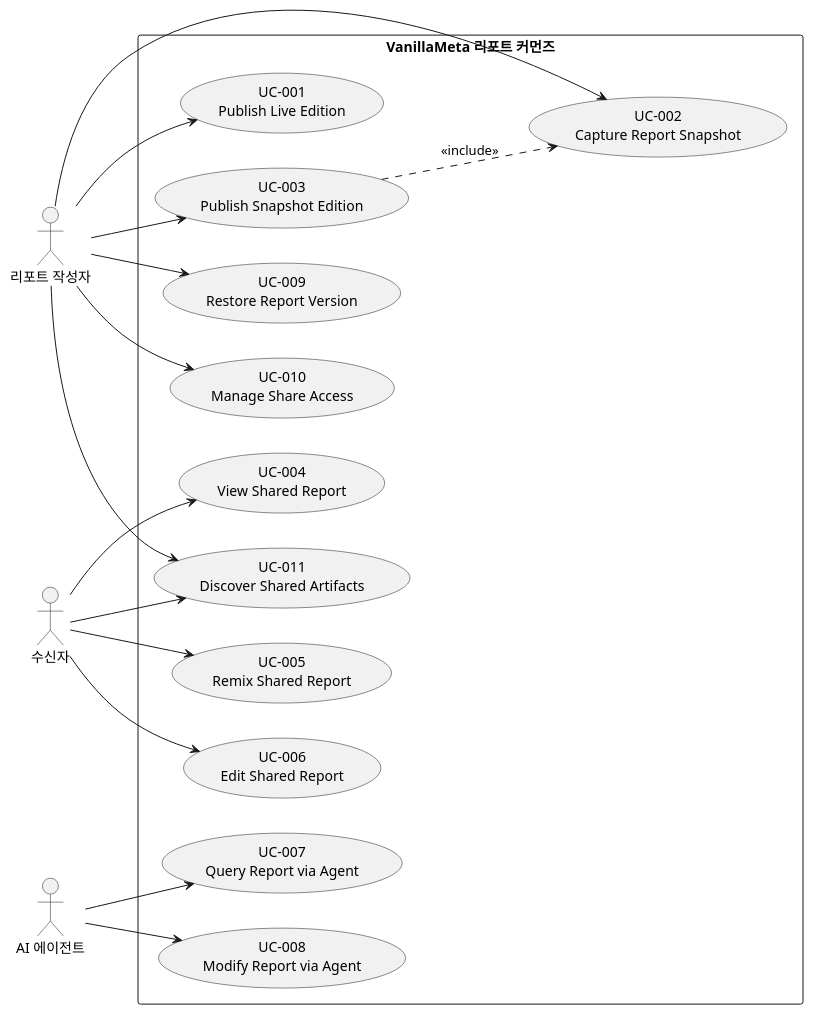
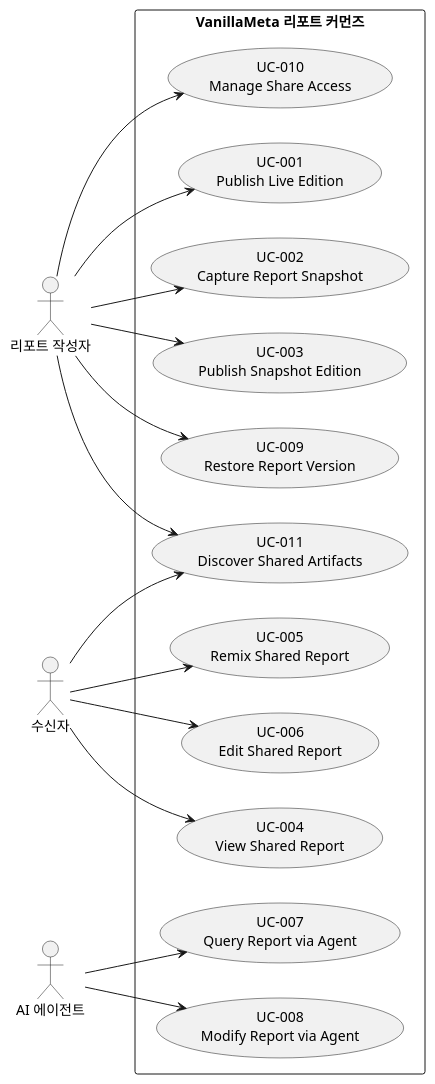
The diagram in docs/use_cases.puml (vanillabrain/vanillameta), drawn with PlantUML before and after one commit. The commit also changed 15 other files, not shown here.

```diff
--- a/docs/use_cases.puml
+++ b/docs/use_cases.puml
@@ -1,36 +1,34 @@
 @startuml 유스케이스 개요
 left to right direction
 
 actor "리포트 작성자" as author
 actor "수신자" as recipient
 actor "AI 에이전트" as agent
 
 rectangle "VanillaMeta 리포트 커먼즈" {
     usecase "UC-001\nPublish Live Edition" as UC001
     usecase "UC-002\nCapture Report Snapshot" as UC002
     usecase "UC-003\nPublish Snapshot Edition" as UC003
     usecase "UC-004\nView Shared Report" as UC004
     usecase "UC-005\nRemix Shared Report" as UC005
     usecase "UC-006\nEdit Shared Report" as UC006
     usecase "UC-007\nQuery Report via Agent" as UC007
     usecase "UC-008\nModify Report via Agent" as UC008
     usecase "UC-009\nRestore Report Version" as UC009
     usecase "UC-010\nManage Share Access" as UC010
     usecase "UC-011\nDiscover Shared Artifacts" as UC011
 }
 
 author --> UC001
 author --> UC002
 author --> UC003
 author --> UC009
 author --> UC010
 author --> UC011
 recipient --> UC004
 recipient --> UC005
 recipient --> UC006
 recipient --> UC011
 agent --> UC007
 agent --> UC008
-
-UC003 ..> UC002 : <<include>>
 @enduml
```
